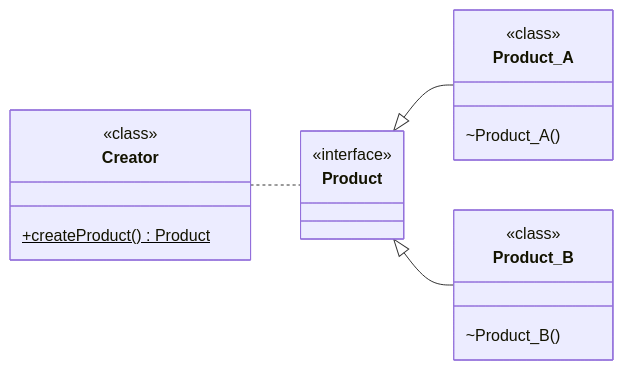
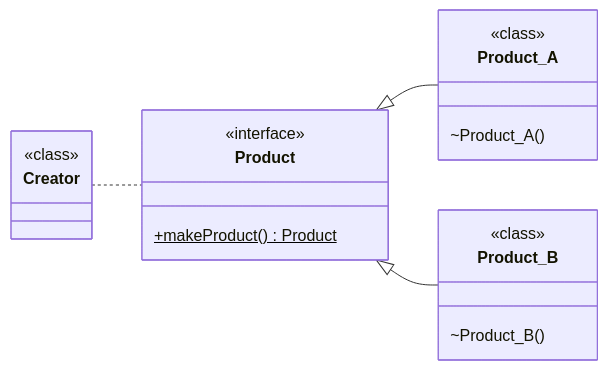
The second of 2 diagrams in Programming/Patterns/data/Factory.md (angelromarco04/MyNotes), drawn with Mermaid before and after one commit. The commit also changed other lines of this file, not shown here.

````diff
--- a/Programming/Patterns/data/Factory.md
+++ b/Programming/Patterns/data/Factory.md
@@ -113,26 +108,26 @@
 ```mermaid
 classDiagram
 direction LR
 Creator .. Product
 Product <|--  Product_A
 Product <|-- Product_B
 
 class Product {
 	<<interface>>
+	+makeProduct() Product$
 }
 
 class Product_A {
 	<<class>>
 	~Product_A()
 }
 
 class Product_B {
 	<<class>>
 	~Product_B()
 }
 
 class Creator {
 	<<class>>
-	+createProduct() Product$
 }
 ```
````
